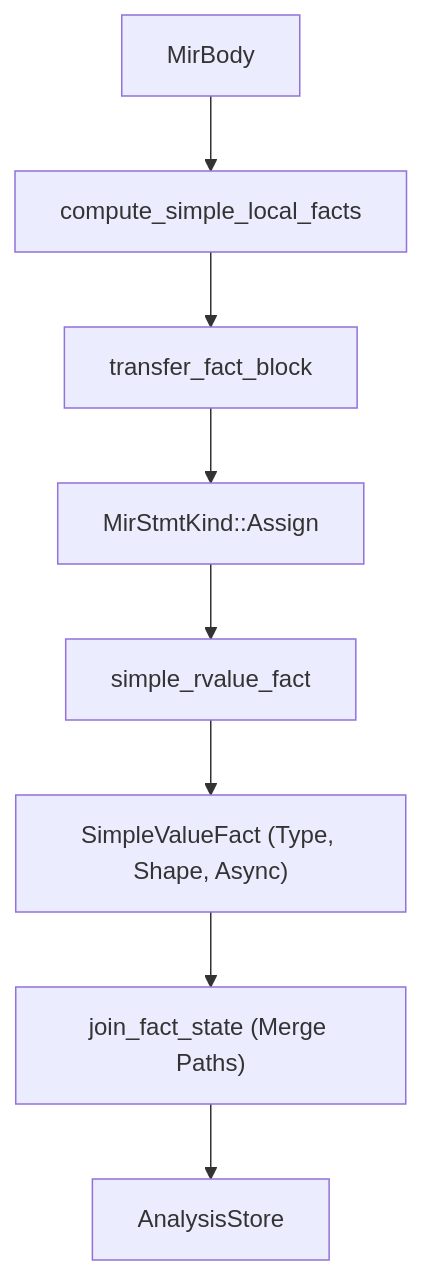
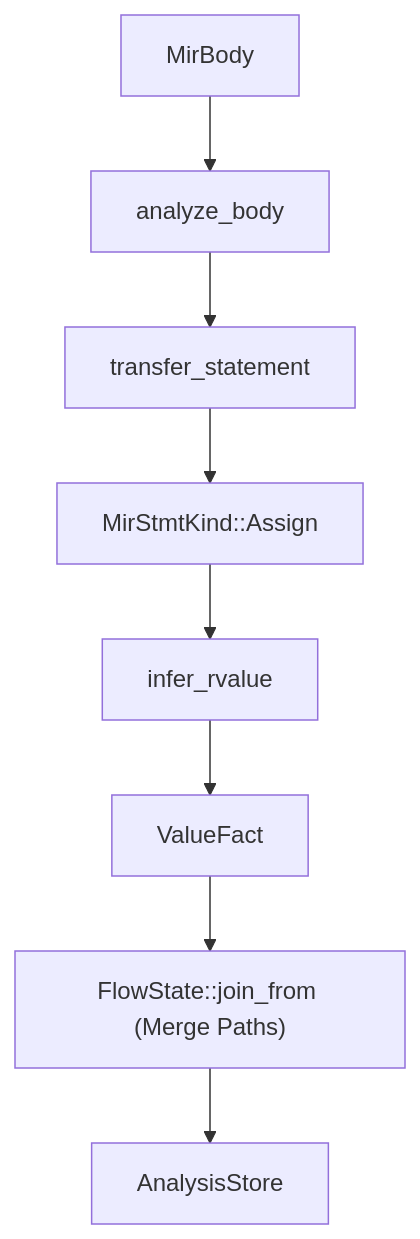
Before and after one commit to runmat-org/runmat: the second of 2 diagrams in docs/compiler/mir.md, drawn with Mermaid. The commit also changed other lines of this file and 49 other files, not shown here.

````diff
--- a/docs/compiler/mir.md
+++ b/docs/compiler/mir.md
@@ -127,18 +127,18 @@
 ```mermaid
 flowchart TD
   A["MirBody"]
-  B["compute_simple_local_facts"]
-  C["transfer_fact_block"]
+  B["analyze_body"]
+  C["transfer_statement"]
   D["MirStmtKind::Assign"]
-  E["simple_rvalue_fact"]
-  F["SimpleValueFact (Type, Shape, Async)"]
-  G["join_fact_state (Merge Paths)"]
+  E["infer_rvalue"]
+  F["ValueFact"]
+  G["FlowState::join_from (Merge Paths)"]
   H["AnalysisStore"]
   A --> B
   B --> C
   C --> D
   D --> E
   E --> F
   F --> G
   G --> H
 ```
````
